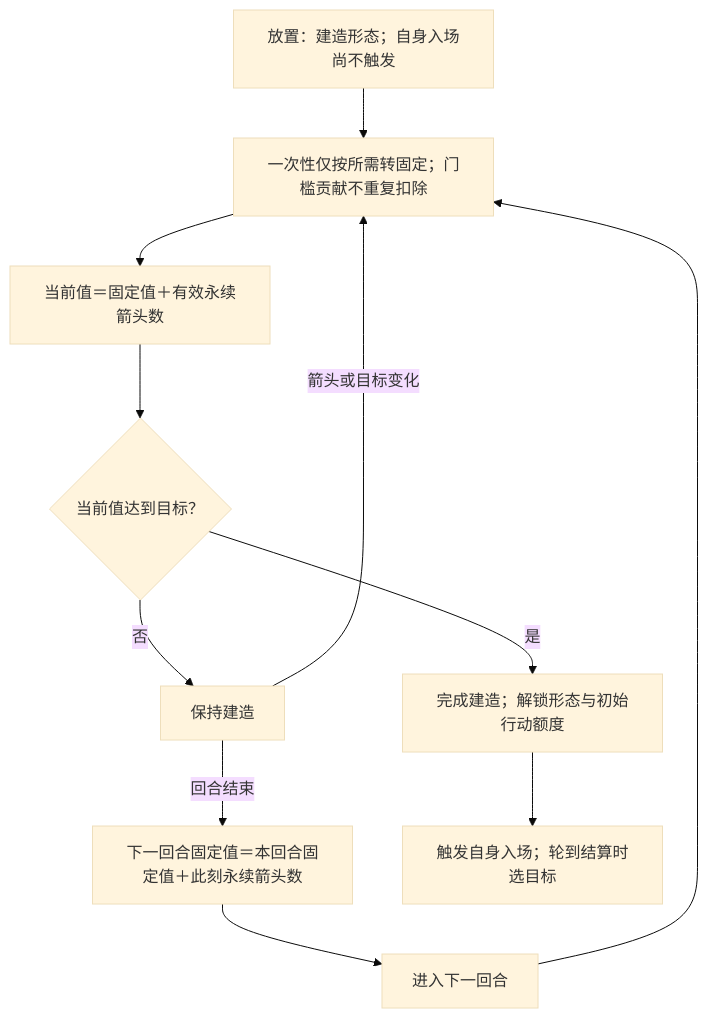
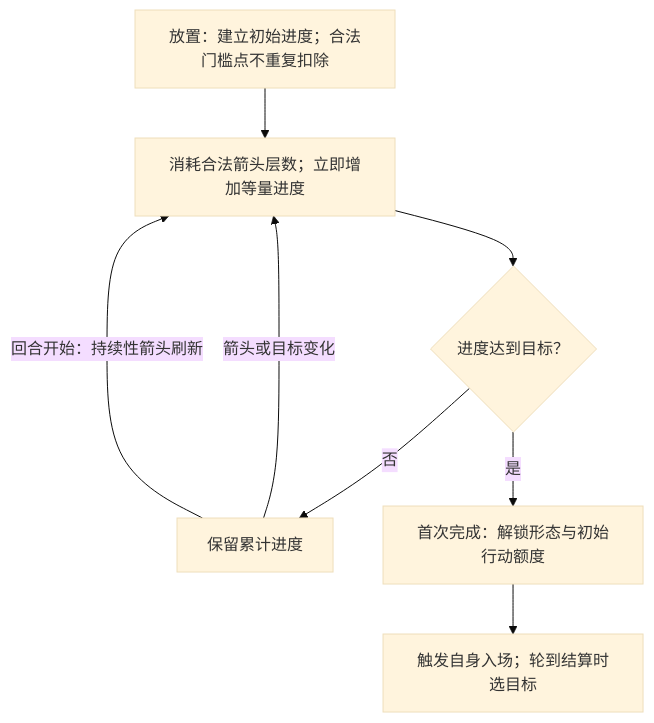
Before and after one commit to Time-Block-Hero/tbh-website: the third of 3 diagrams in docs/rules/common/actions.md, drawn with Mermaid (base theme). The commit also changed other lines of this file and 27 other files, not shown here.

````diff
--- a/docs/rules/common/actions.md
+++ b/docs/rules/common/actions.md
@@ -140,13 +140,10 @@
 ```mermaid
 flowchart TD
-  place["放置：建造形态；自身入场尚不触发"] --> convert["一次性仅按所需转固定；门槛贡献不重复扣除"]
-  convert --> arrows["当前值＝固定值＋有效永续箭头数"]
-  arrows --> check{"当前值达到目标？"}
-  check -->|否| wait["保持建造"]
-  wait -->|箭头或目标变化| convert
-  wait -->|回合结束| fix["下一回合固定值＝本回合固定值＋此刻永续箭头数"]
-  fix --> next["进入下一回合"]
-  next --> convert
-  check -->|是| finish["完成建造；解锁形态与初始行动额度"]
+  place["放置：建立初始进度；合法门槛点不重复扣除"] --> absorb["消耗合法箭头层数；立即增加等量进度"]
+  absorb --> check{"进度达到目标？"}
+  check -->|否| wait["保留累计进度"]
+  wait -->|箭头或目标变化| absorb
+  wait -->|回合开始：持续性箭头刷新| absorb
+  check -->|是| finish["首次完成：解锁形态与初始行动额度"]
   finish --> entry["触发自身入场；轮到结算时选目标"]
 ```
````
